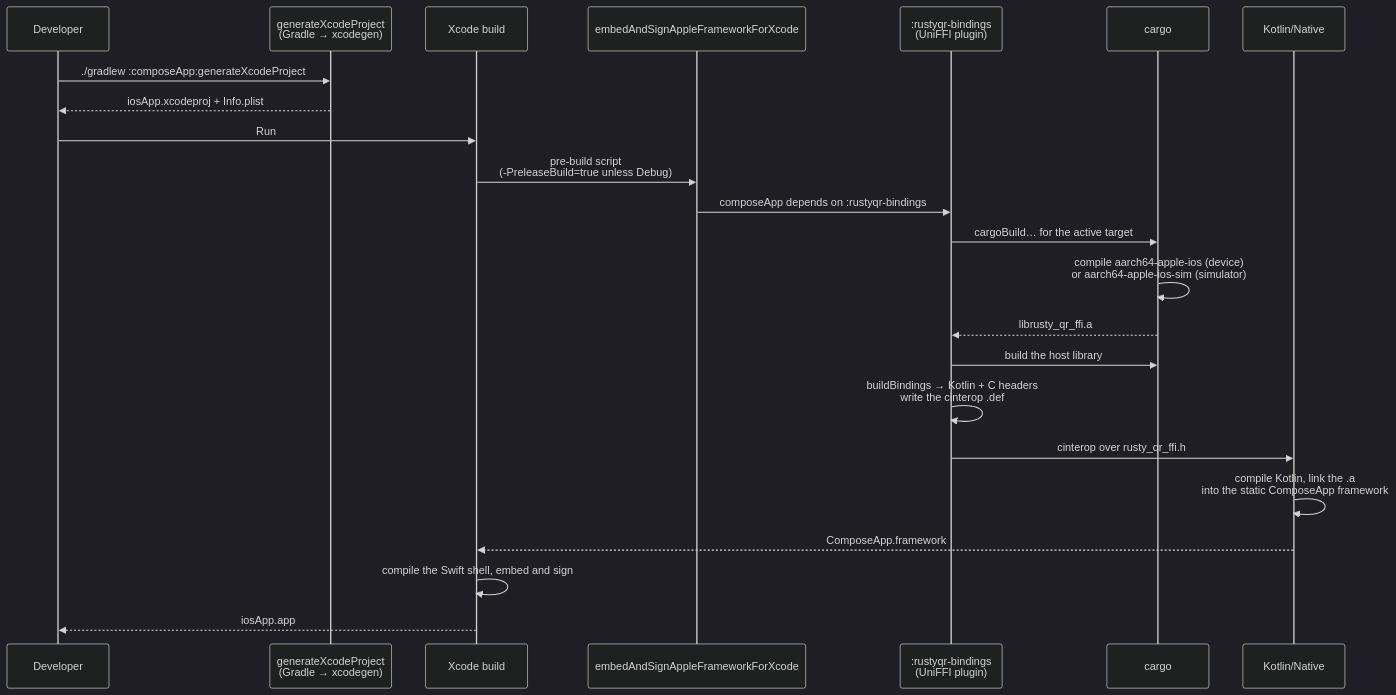
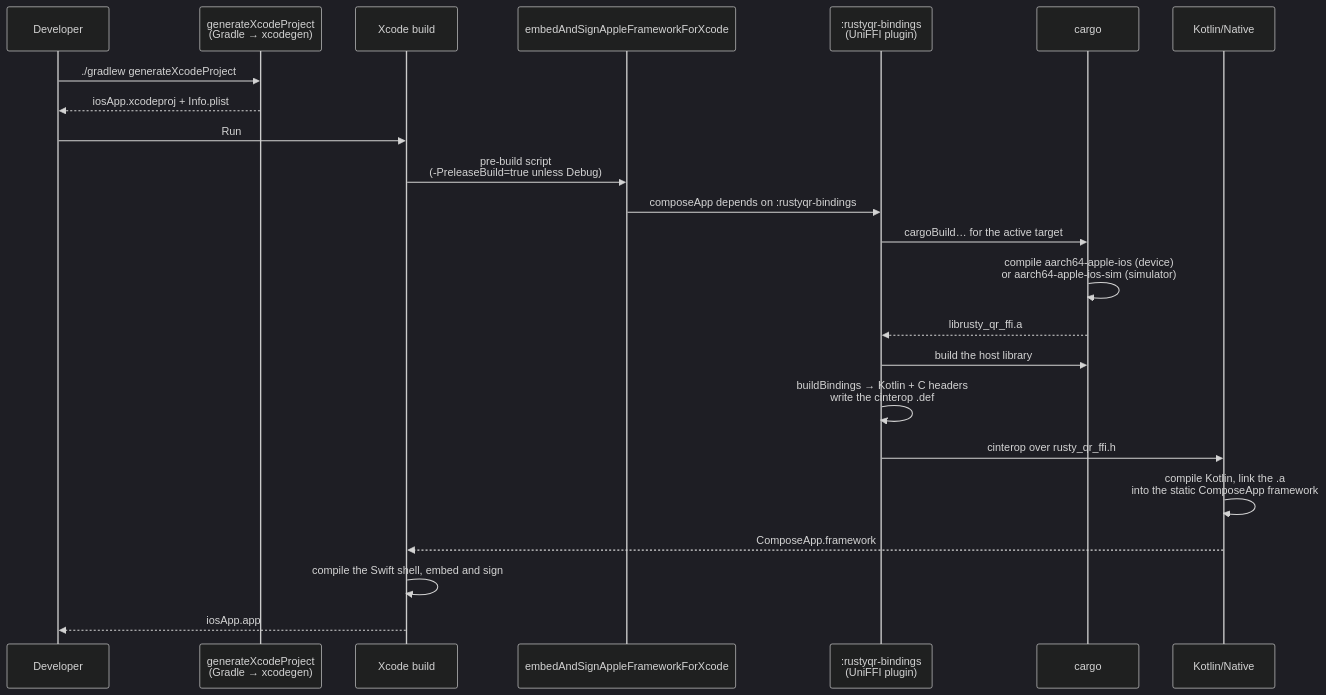
The first of 2 diagrams in iosApp/README.md (prasannajeet/RustyQR), drawn with Mermaid (dark theme) before and after one commit. The commit also changed other lines of this file and 14 other files, not shown here.

````diff
--- a/iosApp/README.md
+++ b/iosApp/README.md
@@ -208,30 +208,30 @@
 ```mermaid
 sequenceDiagram
     participant Dev as Developer
     participant XCG as generateXcodeProject<br/>(Gradle → xcodegen)
     participant Xcode as Xcode build
     participant G as embedAndSignAppleFrameworkForXcode
     participant B as :rustyqr-bindings<br/>(UniFFI plugin)
     participant C as cargo
     participant K as Kotlin/Native
 
-    Dev->>XCG: ./gradlew :composeApp:generateXcodeProject
+    Dev->>XCG: ./gradlew generateXcodeProject
     XCG-->>Dev: iosApp.xcodeproj + Info.plist
 
     Dev->>Xcode: Run
     Xcode->>G: pre-build script<br/>(-PreleaseBuild=true unless Debug)
     G->>B: composeApp depends on :rustyqr-bindings
 
     B->>C: cargoBuild… for the active target
     C->>C: compile aarch64-apple-ios (device)<br/>or aarch64-apple-ios-sim (simulator)
     C-->>B: librusty_qr_ffi.a
 
     B->>C: build the host library
     B->>B: buildBindings → Kotlin + C headers<br/>write the cinterop .def
     B->>K: cinterop over rusty_qr_ffi.h
 
     K->>K: compile Kotlin, link the .a<br/>into the static ComposeApp framework
     K-->>Xcode: ComposeApp.framework
     Xcode->>Xcode: compile the Swift shell, embed and sign
     Xcode-->>Dev: iosApp.app
 ```
````
